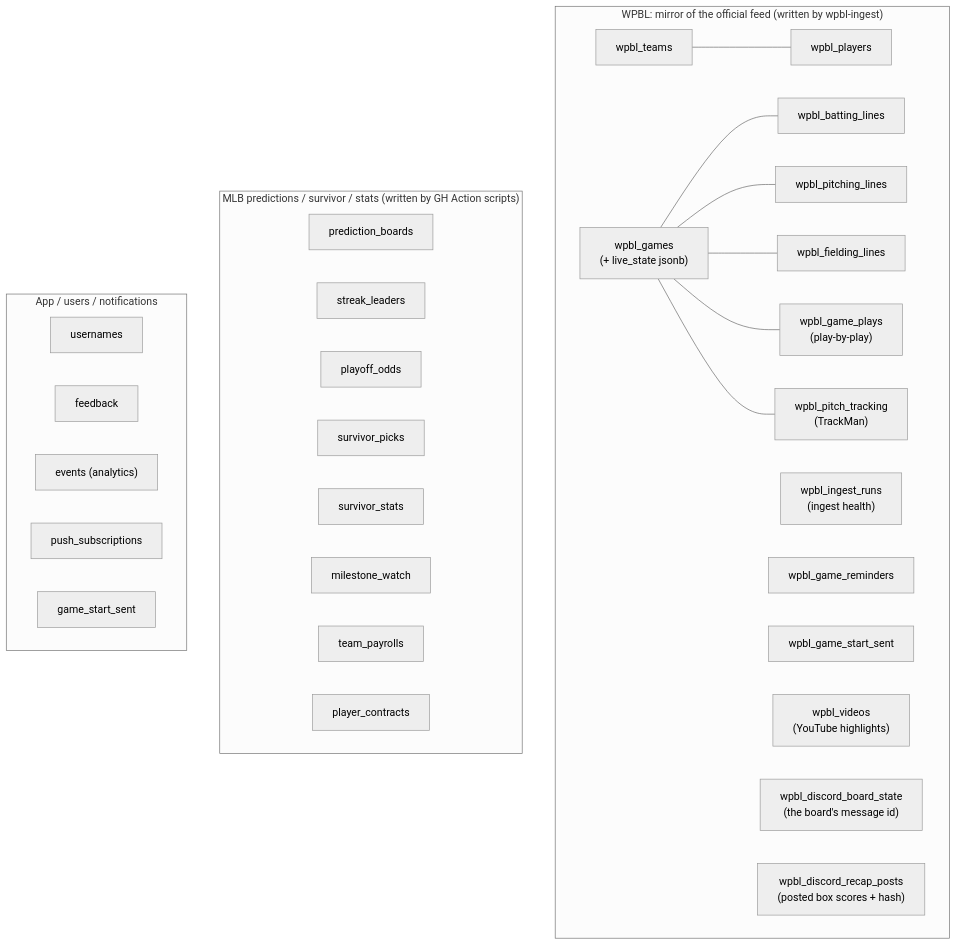
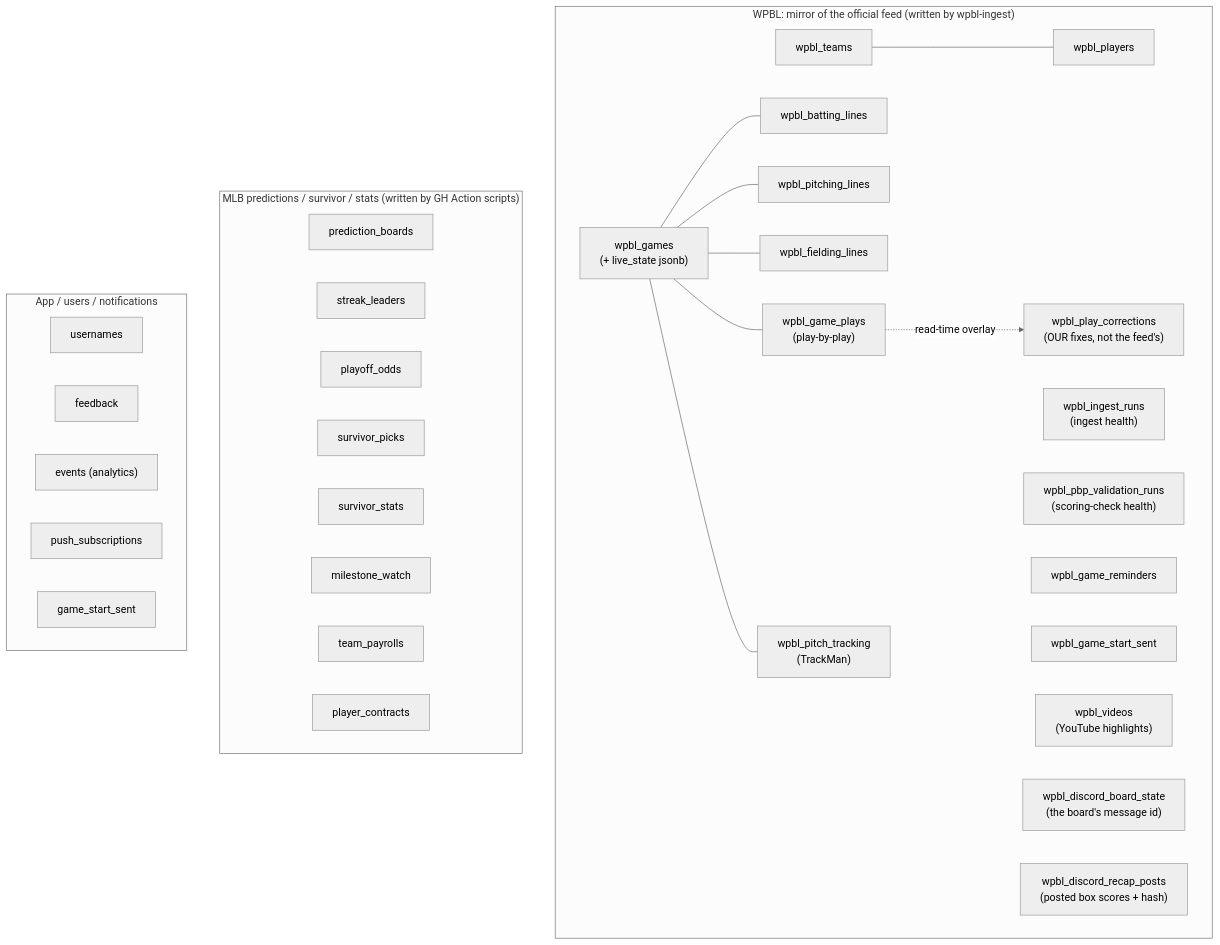
One commit to sportydolphin/fun changed the third of 5 diagrams in ARCHITECTURE.md. Above: the diagram before and after it, drawn with Mermaid (neutral theme). The commit also changed other lines of this file and 10 other files, not shown here.

First line of the commit message:
WPBL: the runs trap caught the Hall of Firsts too, and the corrections overlay

````diff
--- a/ARCHITECTURE.md
+++ b/ARCHITECTURE.md
@@ -162,41 +162,44 @@
 ```mermaid
 flowchart TB
     subgraph WPBL["WPBL: mirror of the official feed (written by wpbl-ingest)"]
         t_teams["wpbl_teams"]
         t_players["wpbl_players"]
         t_games["wpbl_games<br/>(+ live_state jsonb)"]
         t_bat["wpbl_batting_lines"]
         t_pit["wpbl_pitching_lines"]
         t_field["wpbl_fielding_lines"]
         t_plays["wpbl_game_plays<br/>(play-by-play)"]
         t_track["wpbl_pitch_tracking<br/>(TrackMan)"]
         t_runs["wpbl_ingest_runs<br/>(ingest health)"]
+        t_pbpval["wpbl_pbp_validation_runs<br/>(scoring-check health)"]
         t_rem["wpbl_game_reminders"]
         t_wsent["wpbl_game_start_sent"]
         t_vid["wpbl_videos<br/>(YouTube highlights)"]
         t_board["wpbl_discord_board_state<br/>(the board's message id)"]
         t_recap["wpbl_discord_recap_posts<br/>(posted box scores + hash)"]
+        t_corr["wpbl_play_corrections<br/>(OUR fixes, not the feed's)"]
     end
 
     subgraph MLB["MLB predictions / survivor / stats (written by GH Action scripts)"]
         m_boards["prediction_boards"]
         m_streaks["streak_leaders"]
         m_odds["playoff_odds"]
         m_surv["survivor_picks"]
         m_survs["survivor_stats"]
         m_mile["milestone_watch"]
         m_pay["team_payrolls"]
         m_contract["player_contracts"]
     end
 
     subgraph APP["App / users / notifications"]
         a_users["usernames"]
         a_feed["feedback"]
         a_events["events (analytics)"]
         a_push["push_subscriptions"]
         a_sent["game_start_sent"]
     end
 
     t_teams --- t_players
     t_games --- t_bat & t_pit & t_field & t_plays & t_track
+    t_plays -.->|read-time overlay| t_corr
 ```
````
